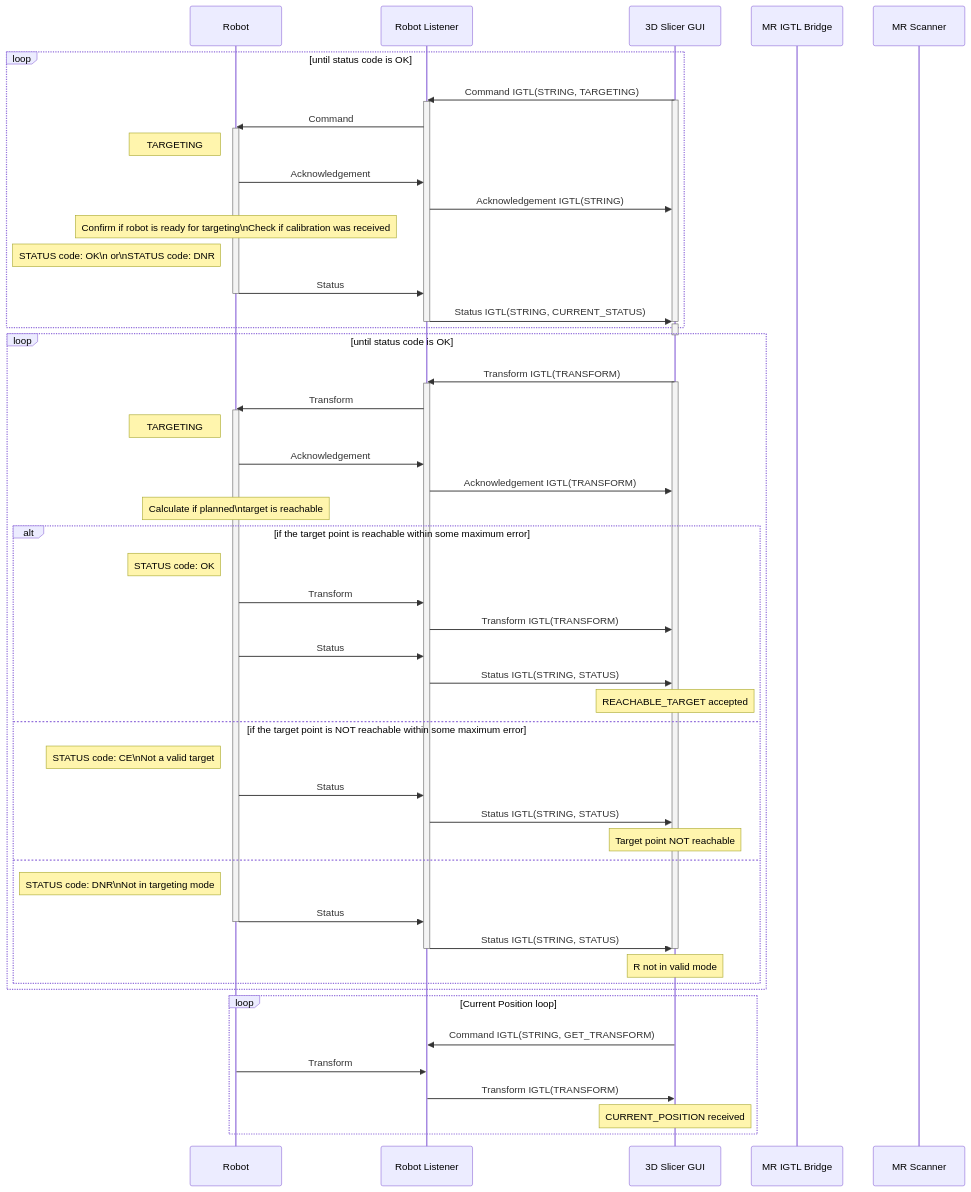
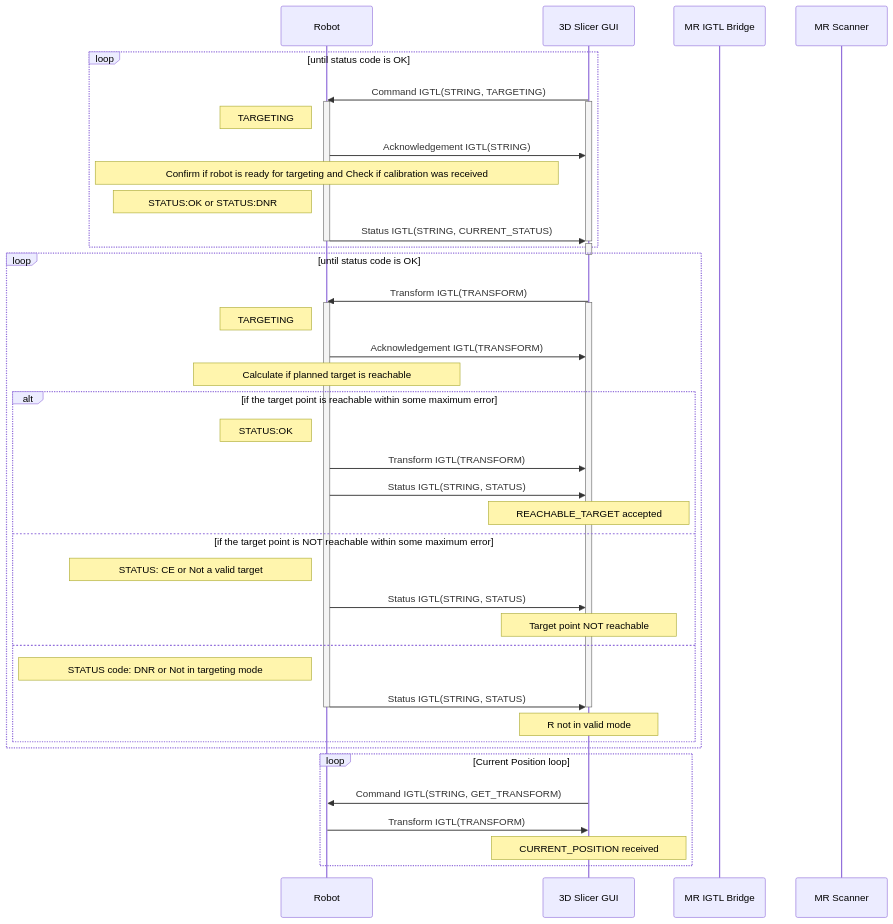
The fourth of 6 diagrams in README.md (ProstateBRP/BRPRobot2021), drawn with Mermaid before and after one commit. The commit also changed other lines of this file, not shown here.

First line of the commit message:
Updated Sequence Diagram

````diff
--- a/README.md
+++ b/README.md
@@ -171,74 +139,59 @@
 ```mermaid
 sequenceDiagram
 
 participant R as Robot
-participant RL as Robot Listener
 participant SGUI as 3D Slicer GUI
 participant MRIGTL  as MR IGTL Bridge
 participant MRS as MR Scanner
 
 loop until status code is OK
-SGUI->>RL:Command IGTL(STRING, TARGETING)
+SGUI->>R:Command IGTL(STRING, TARGETING)
 activate SGUI
-activate RL
-RL->>R:Command
 activate R
 note left of R:TARGETING
-R->>RL:Acknowledgement
-RL->>SGUI:Acknowledgement IGTL(STRING)
-note over R:Confirm if robot is ready for targeting\nCheck if calibration was received
-note left of R:STATUS code: OK\n              or\nSTATUS code: DNR
-R->>RL:Status
+R->>SGUI:Acknowledgement IGTL(STRING)
+note over R:⠀⠀⠀⠀⠀⠀⠀⠀⠀Confirm if robot is ready for targeting and Check if calibration was received⠀⠀⠀⠀⠀⠀⠀⠀⠀
+note left of R:⠀⠀⠀⠀STATUS:OK or STATUS:DNR⠀⠀⠀⠀
+R->>SGUI:Status IGTL(STRING, CURRENT_STATUS)
+deactivate SGUI
 deactivate R
-RL->>SGUI:Status IGTL(STRING, CURRENT_STATUS)
-deactivate SGUI
-deactivate RL
 end
 
 activate SGUI
 deactivate SGUI
 loop until status code is OK
-SGUI->>RL:Transform IGTL(TRANSFORM)
+SGUI->>R:Transform IGTL(TRANSFORM)
 activate SGUI
-activate RL
-RL->>R:Transform
 activate R
 note left of R:TARGETING
 
-R->>RL:Acknowledgement
-RL->>SGUI:Acknowledgement IGTL(TRANSFORM)
+R->>SGUI:Acknowledgement IGTL(TRANSFORM)
 
-note over R:Calculate if planned\ntarget is reachable
+note over R:⠀⠀⠀⠀⠀⠀Calculate if planned target is reachable⠀⠀⠀⠀⠀⠀
 alt if the target point is reachable within some maximum error
-note left of R:STATUS code: OK
-R->>RL:Transform
-RL->>SGUI:Transform IGTL(TRANSFORM)
-R->>RL:Status
-RL->>SGUI:Status IGTL(STRING, STATUS)
-note over SGUI:REACHABLE_TARGET accepted
+note left of R:STATUS:OK
+R->>SGUI:Transform IGTL(TRANSFORM)
+R->>SGUI:Status IGTL(STRING, STATUS)
+note over SGUI:⠀⠀⠀REACHABLE_TARGET accepted⠀⠀⠀
 
 else if the target point is NOT reachable within some maximum error
-note left of R:STATUS code: CE\nNot a valid target
-R->>RL:Status
-RL->>SGUI:Status IGTL(STRING, STATUS)
-note over SGUI:Target point NOT reachable
+note left of R:⠀⠀⠀⠀⠀⠀STATUS: CE or Not a valid target⠀⠀⠀⠀⠀⠀
+R->>SGUI:Status IGTL(STRING, STATUS)
+note over SGUI:⠀⠀⠀Target point NOT reachable⠀⠀⠀
 
 else
-note left of R:STATUS code: DNR\nNot in targeting mode
-R->>RL:Status
+note left of R:⠀⠀⠀⠀⠀⠀STATUS code: DNR or Not in targeting mode⠀⠀⠀⠀⠀⠀
+R->>SGUI:Status IGTL(STRING, STATUS)
 deactivate R
-RL->>SGUI:Status IGTL(STRING, STATUS)
 
 deactivate SGUI
-deactivate RL
-note over SGUI:R not in valid mode
+note over SGUI:⠀⠀⠀R not in valid mode⠀⠀⠀
 end
 end
 
 loop Current Position loop
-SGUI->>RL:Command IGTL(STRING, GET_TRANSFORM)
-R->>RL:Transform
-RL->>SGUI:Transform IGTL(TRANSFORM)
-note over SGUI:CURRENT_POSITION received
+SGUI->>R:Command IGTL(STRING, GET_TRANSFORM)
+R->>SGUI:Transform IGTL(TRANSFORM)
+note over SGUI:⠀⠀⠀CURRENT_POSITION received⠀⠀⠀
 end
 ```
````
